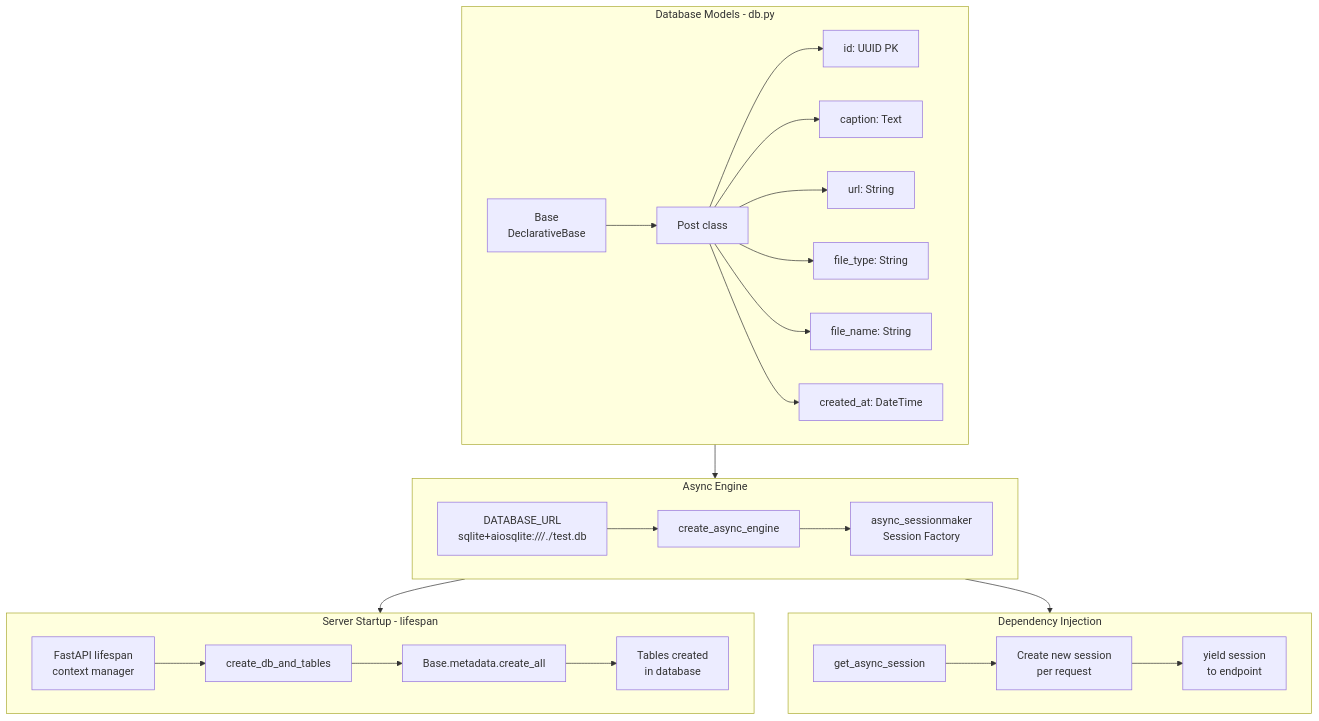
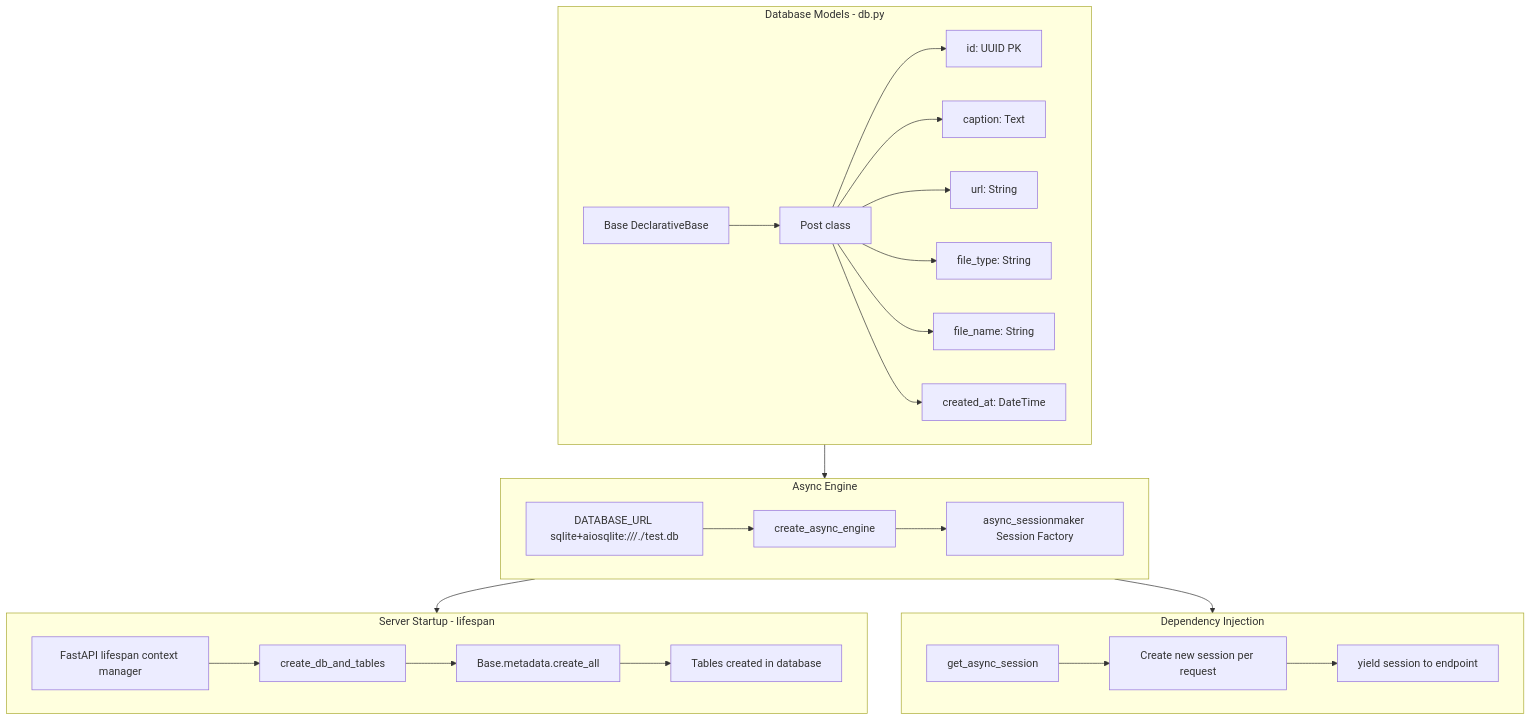
Diagram 11 of 18 in README.md (kintsugi-programmer/kintsugi-stack-fastapi), drawn with Mermaid before and after one commit. The commit also changed other lines of this file and 1 other file, not shown here.

Commit message:
fix: remove br tags from mermaid diagrams for v11 compatibility

````diff
--- a/README.md
+++ b/README.md
@@ -702,32 +702,32 @@
 ```mermaid
 flowchart TD
     subgraph Models[Database Models - db.py]
-        M1[Base<br/>DeclarativeBase] --> M2[Post class]
+        M1[Base DeclarativeBase] --> M2[Post class]
         M2 --> M2_fields[id: UUID PK]
         M2 --> M2_c[caption: Text]
         M2 --> M2_u[url: String]
         M2 --> M2_f[file_type: String]
         M2 --> M2_fn[file_name: String]
         M2 --> M2_ca[created_at: DateTime]
     end
 
     subgraph Engine[Async Engine]
-        E1[DATABASE_URL<br/>sqlite+aiosqlite:///./test.db] --> E2[create_async_engine]
-        E2 --> E3[async_sessionmaker<br/>Session Factory]
+        E1[DATABASE_URL sqlite+aiosqlite:///./test.db] --> E2[create_async_engine]
+        E2 --> E3[async_sessionmaker Session Factory]
     end
 
     subgraph Startup[Server Startup - lifespan]
-        S1[FastAPI lifespan<br/>context manager] --> S2[create_db_and_tables]
+        S1[FastAPI lifespan context manager] --> S2[create_db_and_tables]
         S2 --> S3[Base.metadata.create_all]
-        S3 --> S4[Tables created<br/>in database]
+        S3 --> S4[Tables created in database]
     end
 
     subgraph DI[Dependency Injection]
-        D1[get_async_session] --> D2[Create new session<br/>per request]
-        D2 --> D3[yield session<br/>to endpoint]
+        D1[get_async_session] --> D2[Create new session per request]
+        D2 --> D3[yield session to endpoint]
     end
 
     Models --> Engine
     Engine --> Startup
     Engine --> DI
 ```
````
